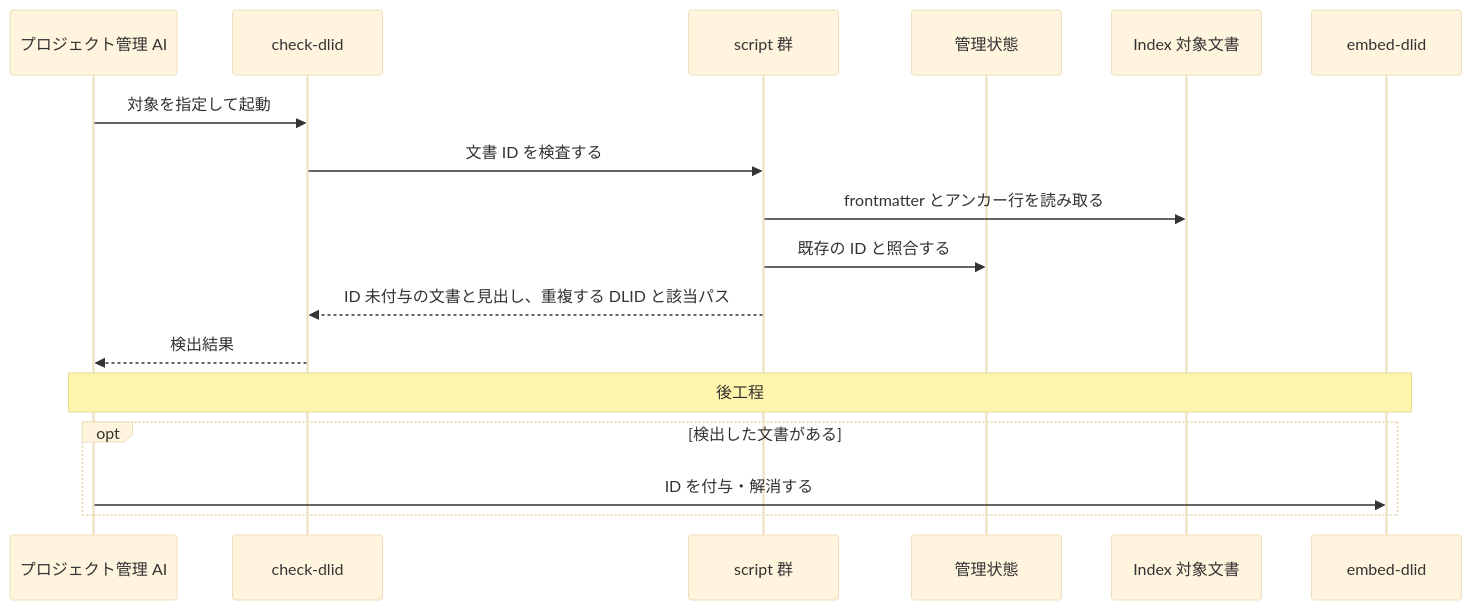
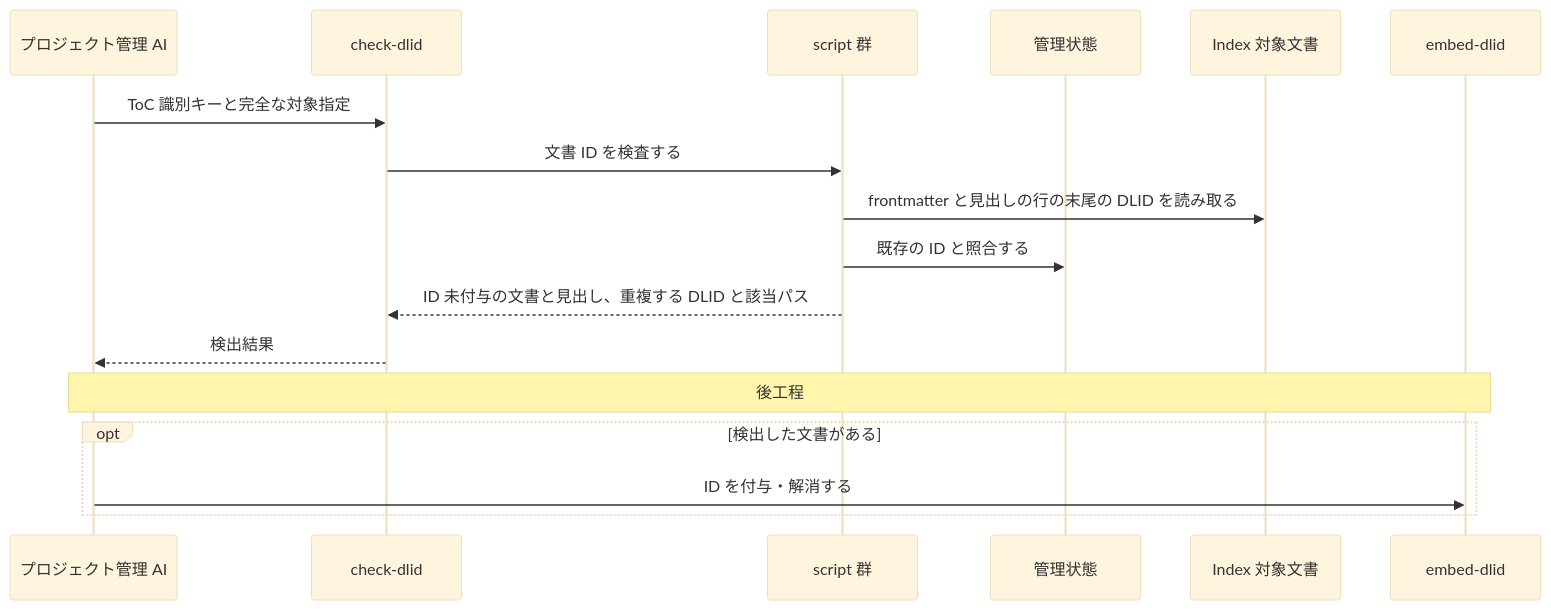
The fifth of 9 diagrams in docs/specs/design/DES-010_skill-composition.md (BlueEventHorizon/doc-link), drawn with Mermaid (base theme) before and after one commit. The commit also changed other lines of this file and 15 other files, not shown here.

````diff
--- a/docs/specs/design/DES-010_skill-composition.md
+++ b/docs/specs/design/DES-010_skill-composition.md
@@ -253,20 +254,20 @@
 ```mermaid
 sequenceDiagram
     participant PM as プロジェクト管理 AI
     participant Skill as check-dlid
     participant Scripts as script 群
     participant State as 管理状態
     participant Docs as Index 対象文書
     participant Embed as embed-dlid
 
-    PM->>Skill: 対象を指定して起動
+    PM->>Skill: ToC 識別キーと完全な対象指定
     Skill->>Scripts: 文書 ID を検査する
-    Scripts->>Docs: frontmatter とアンカー行を読み取る
+    Scripts->>Docs: frontmatter と見出しの行の末尾の DLID を読み取る
     Scripts->>State: 既存の ID と照合する
     Scripts-->>Skill: ID 未付与の文書と見出し、重複する DLID と該当パス
     Skill-->>PM: 検出結果
     Note over PM,Embed: 後工程
     opt 検出した文書がある
         PM->>Embed: ID を付与・解消する
     end
 ```
````
